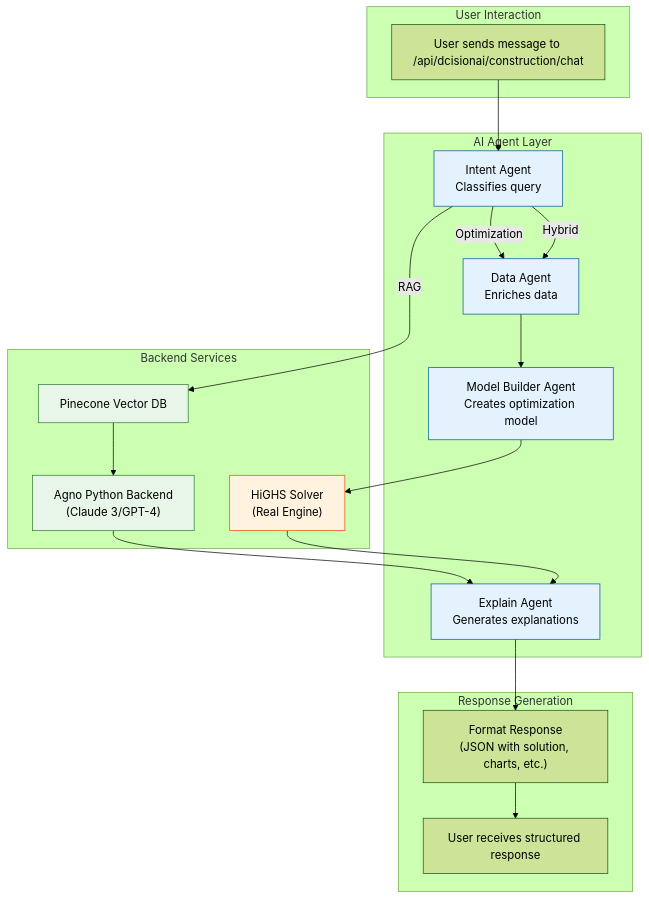
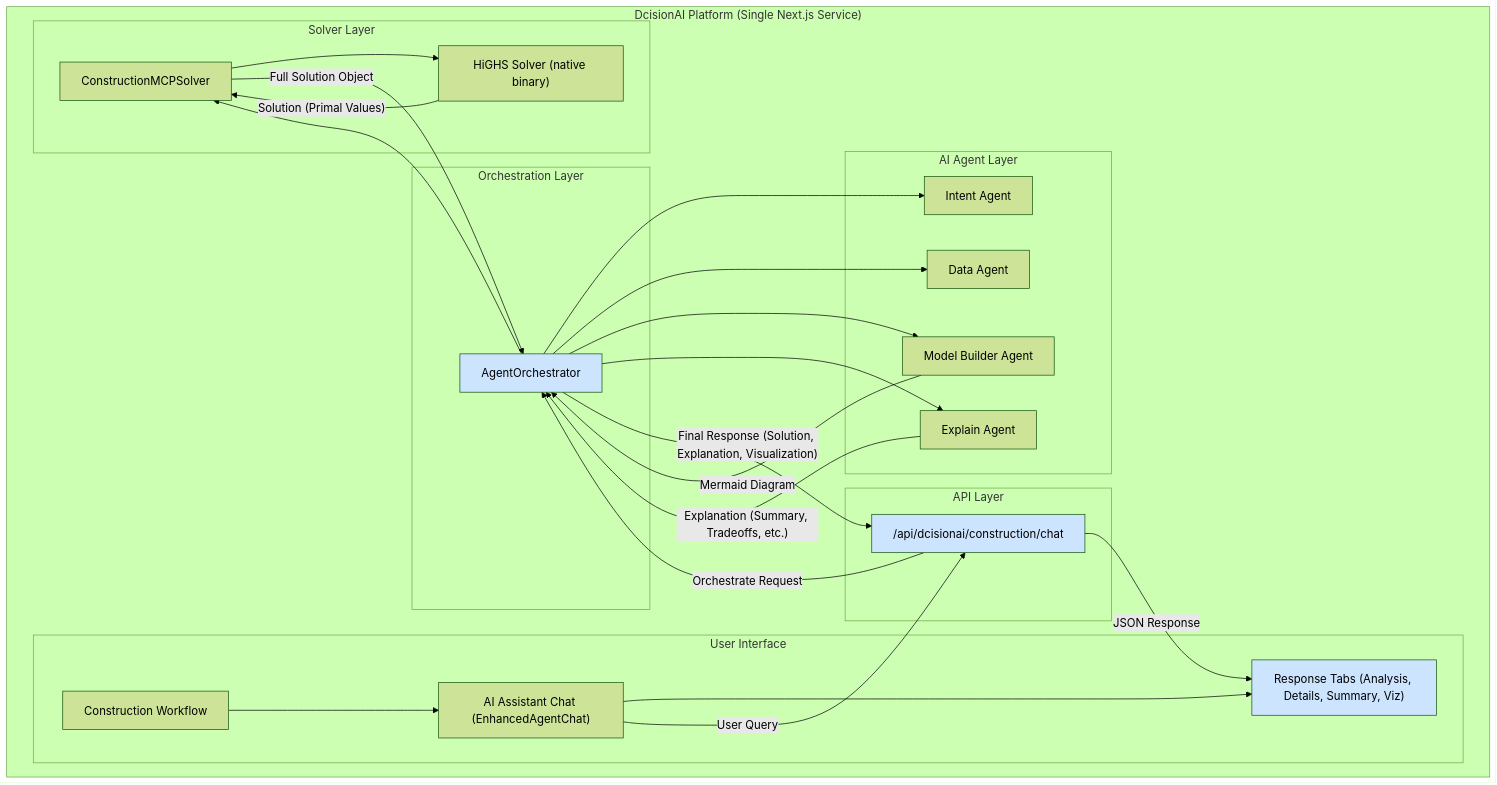
The diagram in docs/architecture/architecture.md (DcisionAI/dcision-platform), drawn with Mermaid (forest theme) before and after one commit. The commit also changed other lines of this file and 7 other files, not shown here.

````diff
--- a/docs/architecture/architecture.md
+++ b/docs/architecture/architecture.md
@@ -345,47 +11,54 @@
 ```mermaid
 graph TD
-    subgraph "User Interaction"
-        A["User sends message to /api/dcisionai/construction/chat"]
+    subgraph "DcisionAI Platform (Single Next.js Service)"
+        subgraph "User Interface"
+            UI_Construction["Construction Workflow"]
+            UI_Tabs["Response Tabs (Analysis, Details, Summary, Viz)"]
+            UI_Chat["AI Assistant Chat (EnhancedAgentChat)"]
+            
+            UI_Construction --> UI_Chat
+            UI_Chat --> UI_Tabs
+        end
+
+        subgraph "API Layer"
+            API_Chat["/api/dcisionai/construction/chat"]
+        end
+
+        subgraph "Orchestration Layer"
+            Orchestrator["AgentOrchestrator"]
+        end
+
+        subgraph "AI Agent Layer"
+            IntentAgent["Intent Agent"]
+            DataAgent["Data Agent"]
+            ModelBuilderAgent["Model Builder Agent"]
+            ExplainAgent["Explain Agent"]
+        end
+
+        subgraph "Solver Layer"
+            ConstructionSolver["ConstructionMCPSolver"]
+            Highs["HiGHS Solver (native binary)"]
+        end
+        
+        UI_Chat -- "User Query" --> API_Chat
+        API_Chat -- "Orchestrate Request" --> Orchestrator
+        Orchestrator --> IntentAgent
+        Orchestrator --> DataAgent
+        Orchestrator --> ModelBuilderAgent
+        Orchestrator --> ConstructionSolver
+        ConstructionSolver --> Highs
+        Orchestrator --> ExplainAgent
+        
+        ExplainAgent -- "Explanation (Summary, Tradeoffs, etc.)" --> Orchestrator
+        Highs -- "Solution (Primal Values)" --> ConstructionSolver
+        ConstructionSolver -- "Full Solution Object" --> Orchestrator
+        ModelBuilderAgent -- "Mermaid Diagram" --> Orchestrator
+        
+        Orchestrator -- "Final Response (Solution, Explanation, Visualization)" --> API_Chat
+        API_Chat -- "JSON Response" --> UI_Tabs
     end
 
-    subgraph "AI Agent Layer"
-        B["Intent Agent<br/>Classifies query"]
-        C["Data Agent<br/>Enriches data"]
-        D["Model Builder Agent<br/>Creates optimization model"]
-        E["Explain Agent<br/>Generates explanations"]
-    end
-
-    subgraph "Backend Services"
-        F["Agno Python Backend<br/>(Claude 3/GPT-4)"]
-        G["HiGHS Solver<br/>(Real Engine)"]
-        H["Pinecone Vector DB"]
-    end
-
-    subgraph "Response Generation"
-        I["Format Response<br/>(JSON with solution, charts, etc.)"]
-        J["User receives structured response"]
-    end
-
-    A --> B;
-    B -->|"RAG"| H;
-    B -->|"Optimization"| C;
-    B -->|"Hybrid"| C;
-    
-    C --> D;
-    D --> G;
-    G --> E;
-    
-    H --> F;
-    F --> E;
-    
-    E --> I;
-    I --> J;
-
-    classDef agent fill:#e3f2fd,stroke:#01579b;
-    classDef service fill:#e8f5e9,stroke:#2e7d32;
-    classDef solver fill:#fff3e0,stroke:#e65100;
-
-    class B,C,D,E agent;
-    class F,H service;
-    class G solver;
+    style UI_Tabs fill:#cde4ff
+    style Orchestrator fill:#cde4ff
+    style API_Chat fill:#cde4ff
 ```
````
